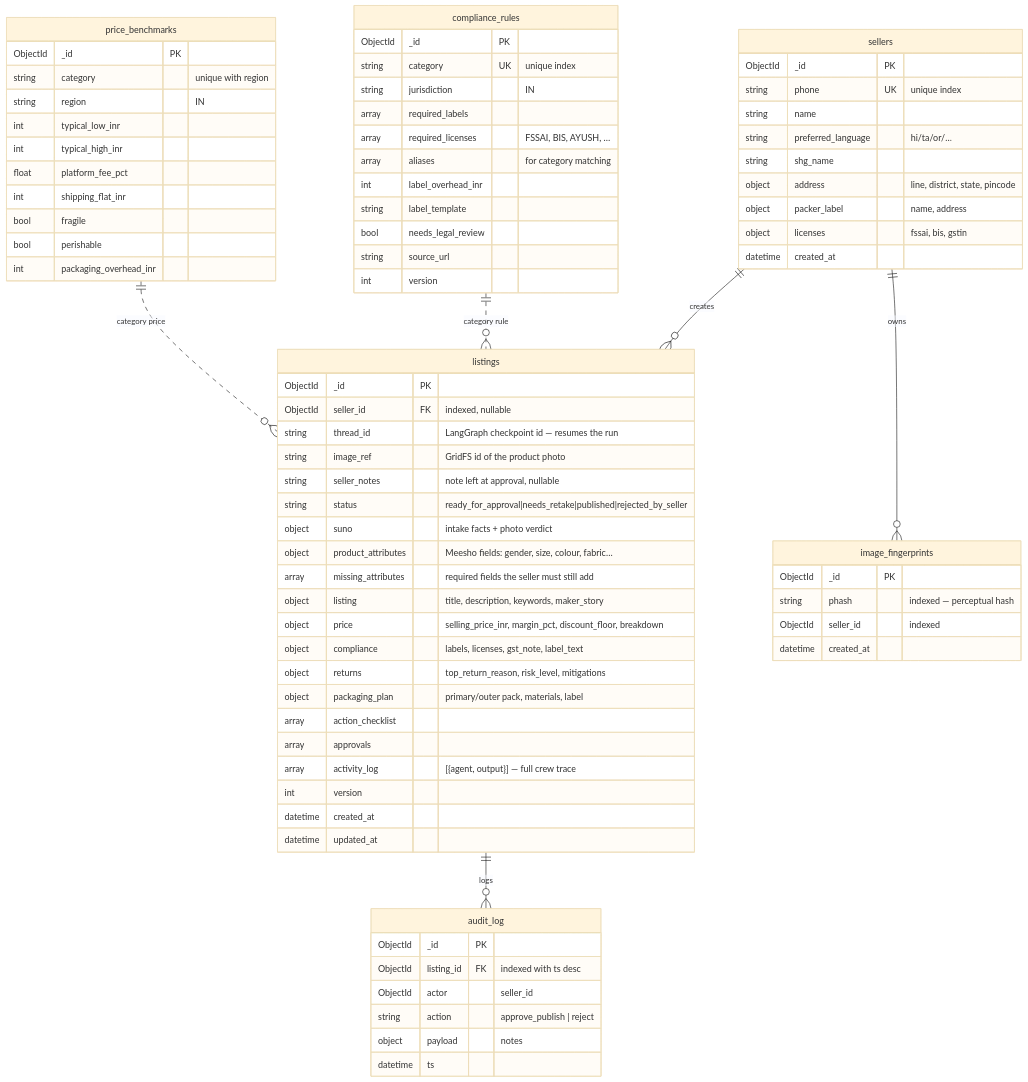
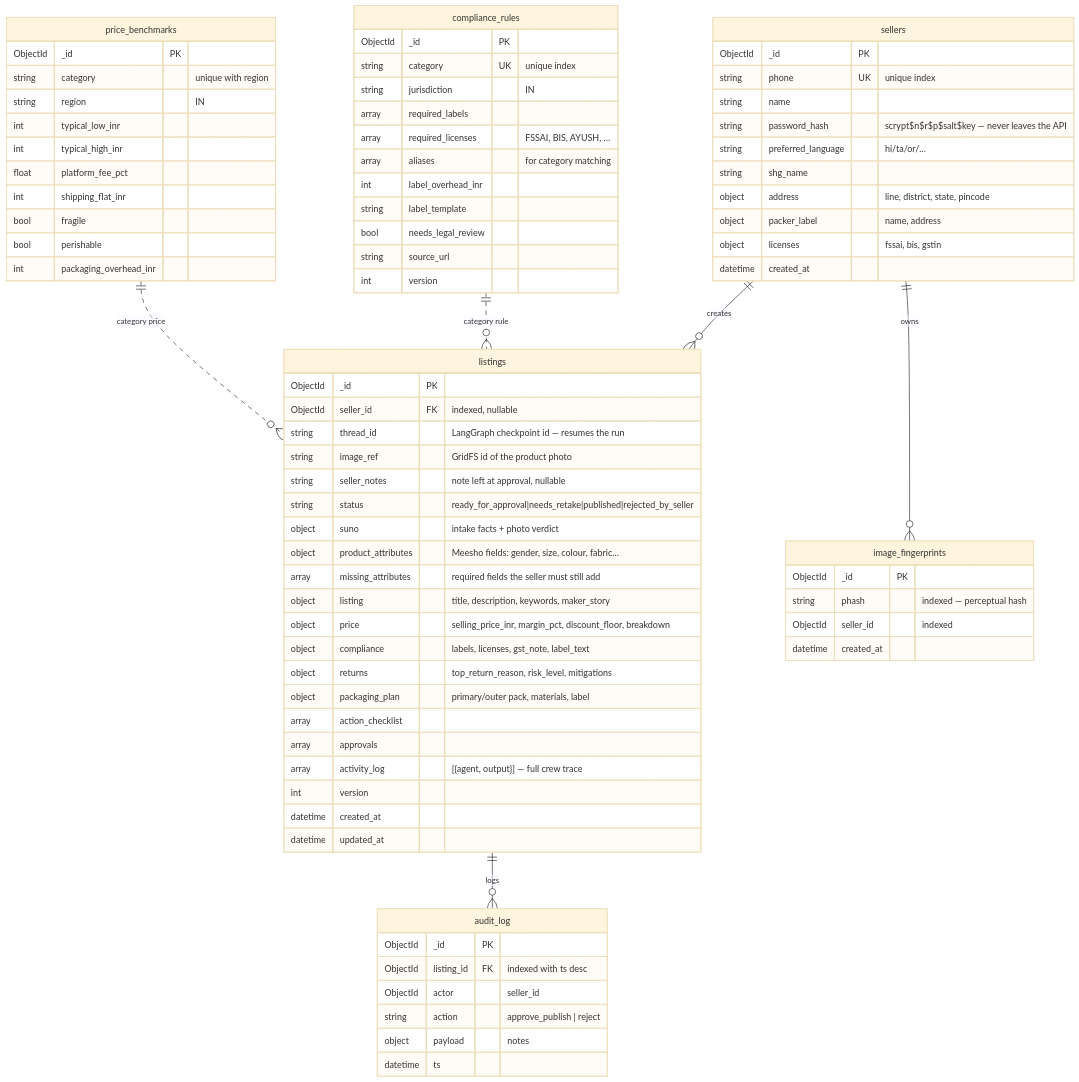
Before and after one commit to sandana1918/Aarambhini: the third of 4 diagrams in docs/ARCHITECTURE.md, drawn with Mermaid (base theme). The commit also changed other lines of this file and 17 other files, not shown here.

```diff
--- a/docs/ARCHITECTURE.md
+++ b/docs/ARCHITECTURE.md
@@ -183,6 +183,7 @@
         ObjectId _id PK
         string phone UK "unique index"
         string name
+        string password_hash "scrypt$n$r$p$salt$key — never leaves the API"
         string preferred_language "hi/ta/or/…"
         string shg_name
         object address "line, district, state, pincode"
```
